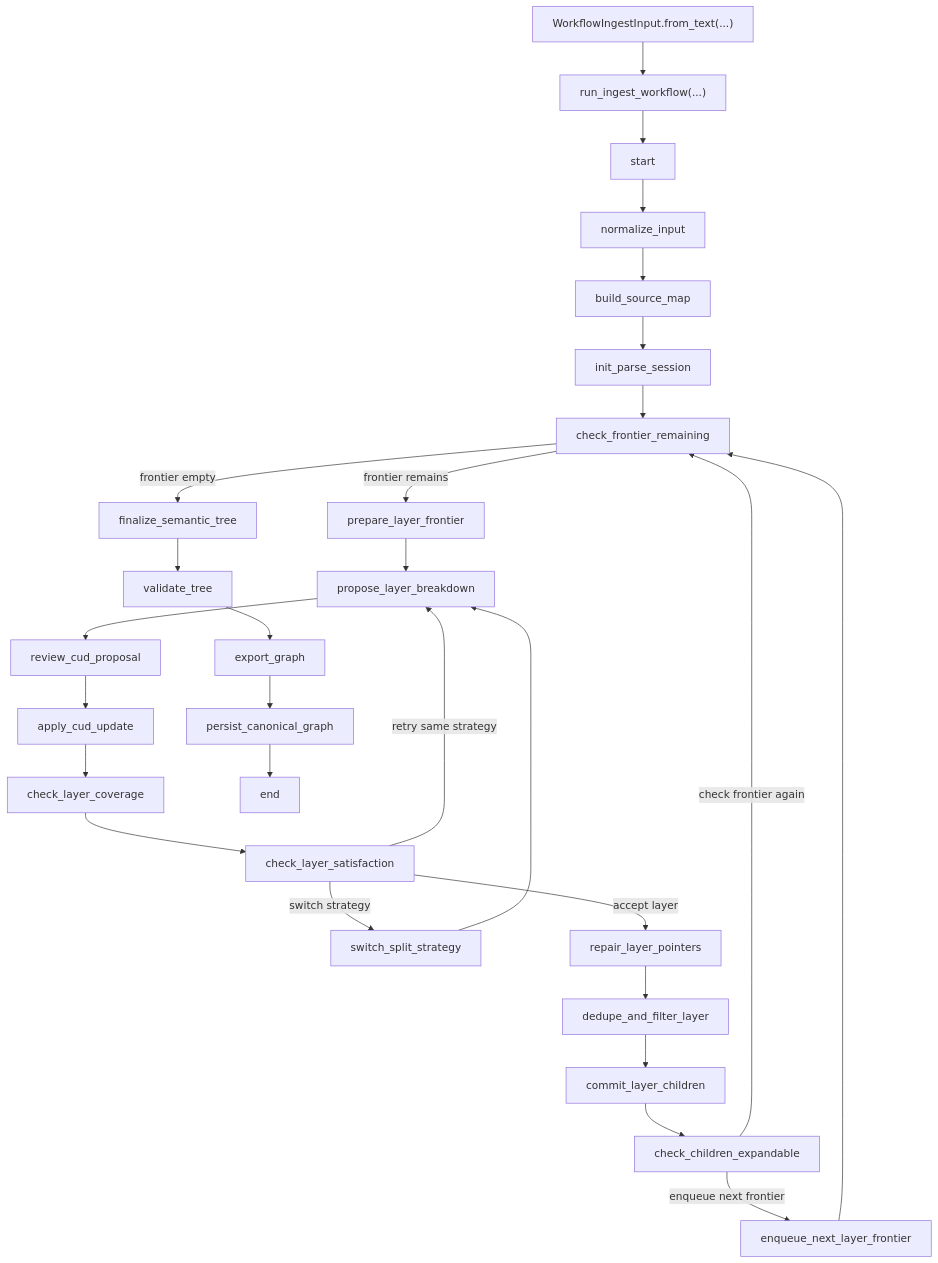
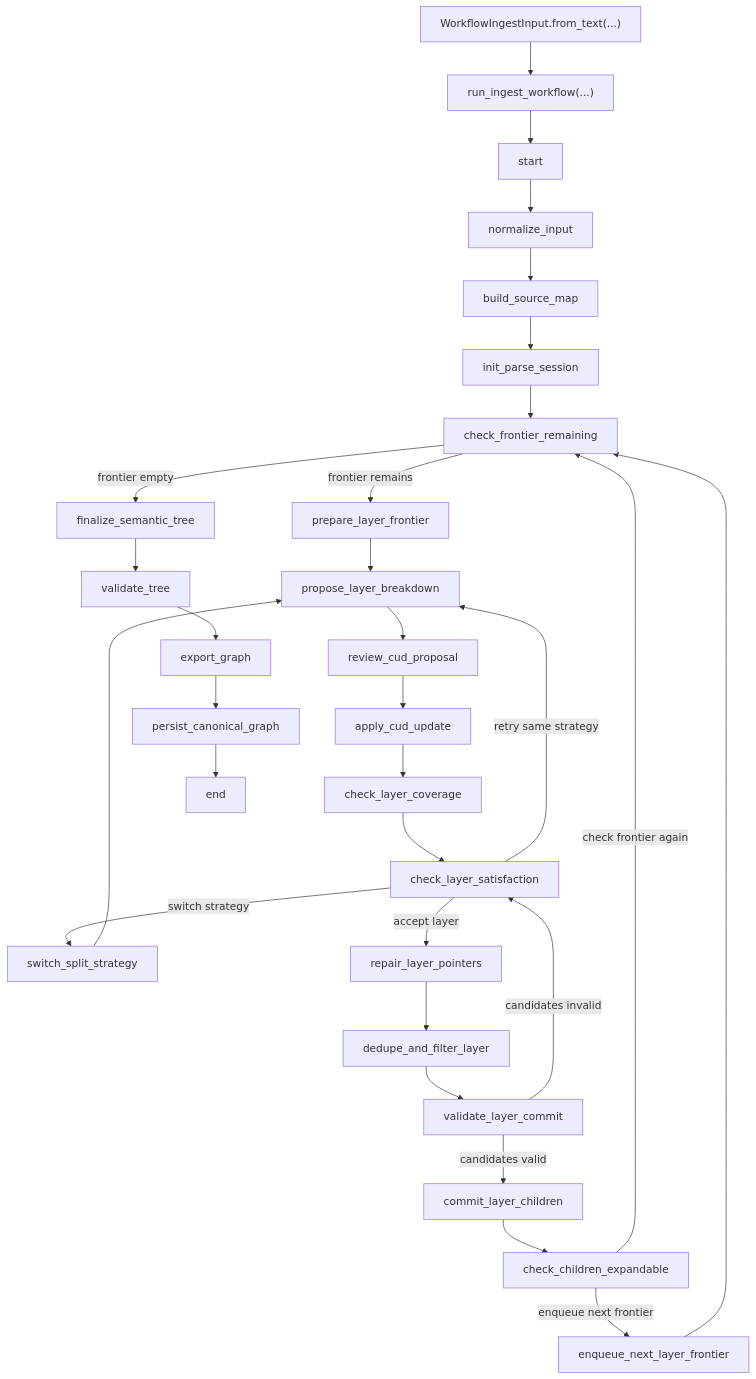
Before and after one commit to humblemat810/kg-doc-parser: the first of 4 diagrams in tests/test_workflwo_Ingest_ocr_pipeline.workflow.md, drawn with Mermaid. The commit also changed other lines of this file and 14 other files, not shown here.

````diff
--- a/tests/test_workflwo_Ingest_ocr_pipeline.workflow.md
+++ b/tests/test_workflwo_Ingest_ocr_pipeline.workflow.md
@@ -5,36 +5,38 @@
 ```mermaid
 flowchart TD
     A["WorkflowIngestInput.from_text(...)"] --> B["run_ingest_workflow(...)"]
     B --> N1["start"]
     N1 --> N2["normalize_input"]
     N2 --> N3["build_source_map"]
     N3 --> N4["init_parse_session"]
     N4 --> N5["check_frontier_remaining"]
 
     N5 -->|frontier remains| N6["prepare_layer_frontier"]
-    N5 -->|frontier empty| N18["finalize_semantic_tree"]
+    N5 -->|frontier empty| N19["finalize_semantic_tree"]
 
     N6 --> N7["propose_layer_breakdown"]
     N7 --> N8["review_cud_proposal"]
     N8 --> N9["apply_cud_update"]
     N9 --> N10["check_layer_coverage"]
     N10 --> N11["check_layer_satisfaction"]
 
     N11 -->|retry same strategy| N7
     N11 -->|switch strategy| N12["switch_split_strategy"]
     N12 --> N7
     N11 -->|accept layer| N13["repair_layer_pointers"]
 
     N13 --> N14["dedupe_and_filter_layer"]
-    N14 --> N15["commit_layer_children"]
-    N15 --> N16["check_children_expandable"]
+    N14 --> N15["validate_layer_commit"]
+    N15 -->|candidates valid| N16["commit_layer_children"]
+    N15 -->|candidates invalid| N11
+    N16 --> N17["check_children_expandable"]
 
-    N16 -->|enqueue next frontier| N17["enqueue_next_layer_frontier"]
-    N17 --> N5
-    N16 -->|check frontier again| N5
+    N17 -->|enqueue next frontier| N18["enqueue_next_layer_frontier"]
+    N18 --> N5
+    N17 -->|check frontier again| N5
 
-    N18 --> N19["validate_tree"]
-    N19 --> N20["export_graph"]
-    N20 --> N21["persist_canonical_graph"]
-    N21 --> N22["end"]
+    N19 --> N20["validate_tree"]
+    N20 --> N21["export_graph"]
+    N21 --> N22["persist_canonical_graph"]
+    N22 --> N23["end"]
 ```
````
